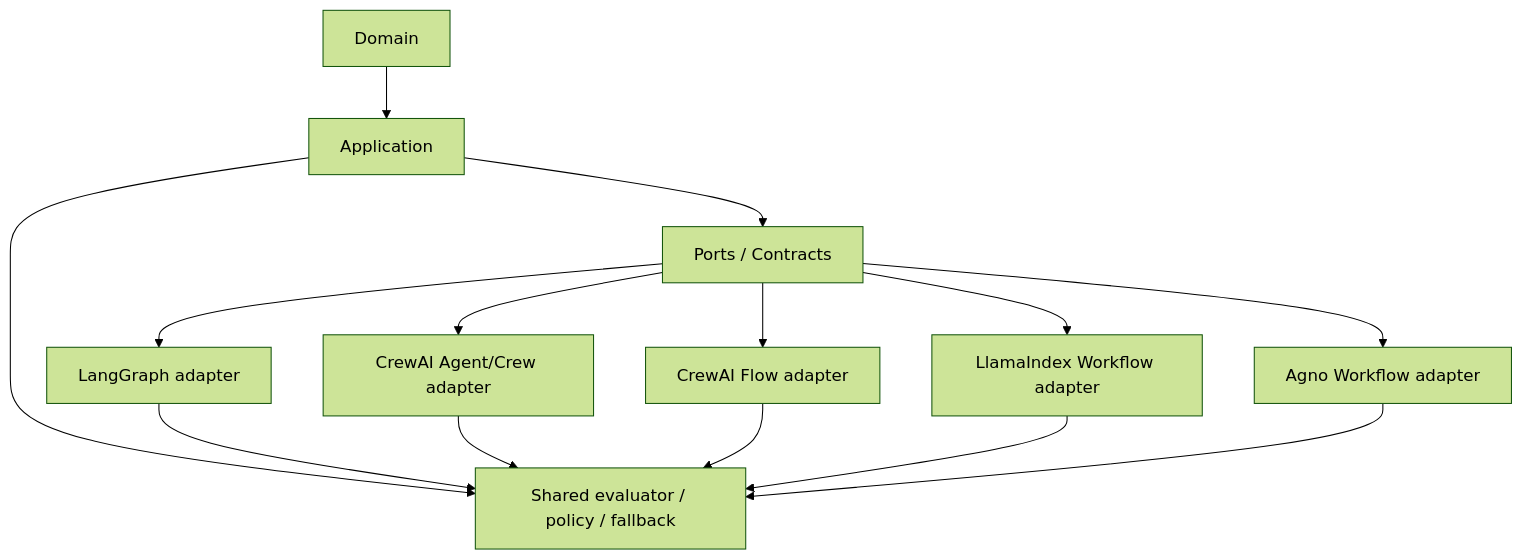
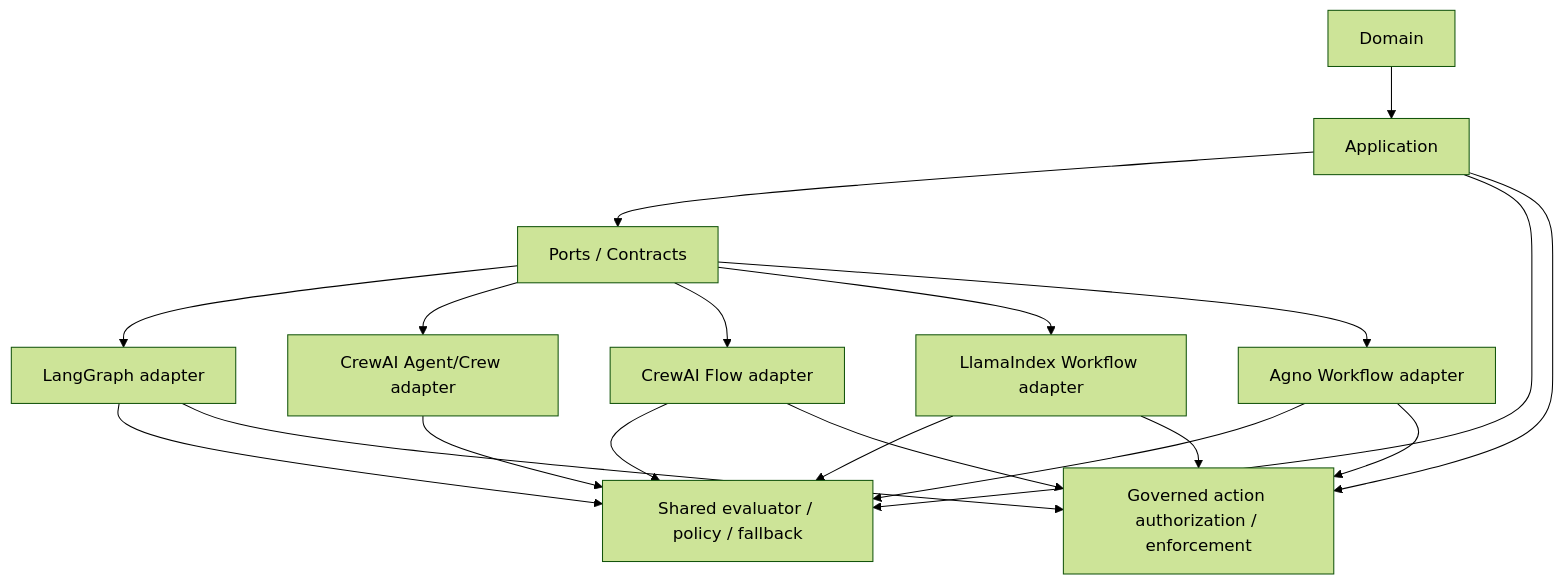
Before and after one commit to brunovicco/agentic-security-framework-lab: the first of 3 diagrams in docs/ARCHITECTURE.md, drawn with Mermaid (forest theme). The commit also changed other lines of this file, not shown here.

Commit message:
docs: integrate governed actions into architecture model

````diff
--- a/docs/ARCHITECTURE.md
+++ b/docs/ARCHITECTURE.md
@@ -23,17 +23,22 @@
 ```mermaid
 flowchart TD
     D[Domain] --> A[Application]
     A --> P[Ports / Contracts]
     P --> LG[LangGraph adapter]
     P --> CA[CrewAI Agent/Crew adapter]
     P --> CF[CrewAI Flow adapter]
     P --> LI[LlamaIndex Workflow adapter]
     P --> AG[Agno Workflow adapter]
 
     A --> EV[Shared evaluator / policy / fallback]
+    A --> GA[Governed action authorization / enforcement]
     LG --> EV
     CA --> EV
     CF --> EV
     LI --> EV
     AG --> EV
+    LG --> GA
+    CF --> GA
+    LI --> GA
+    AG --> GA
 ```
````
